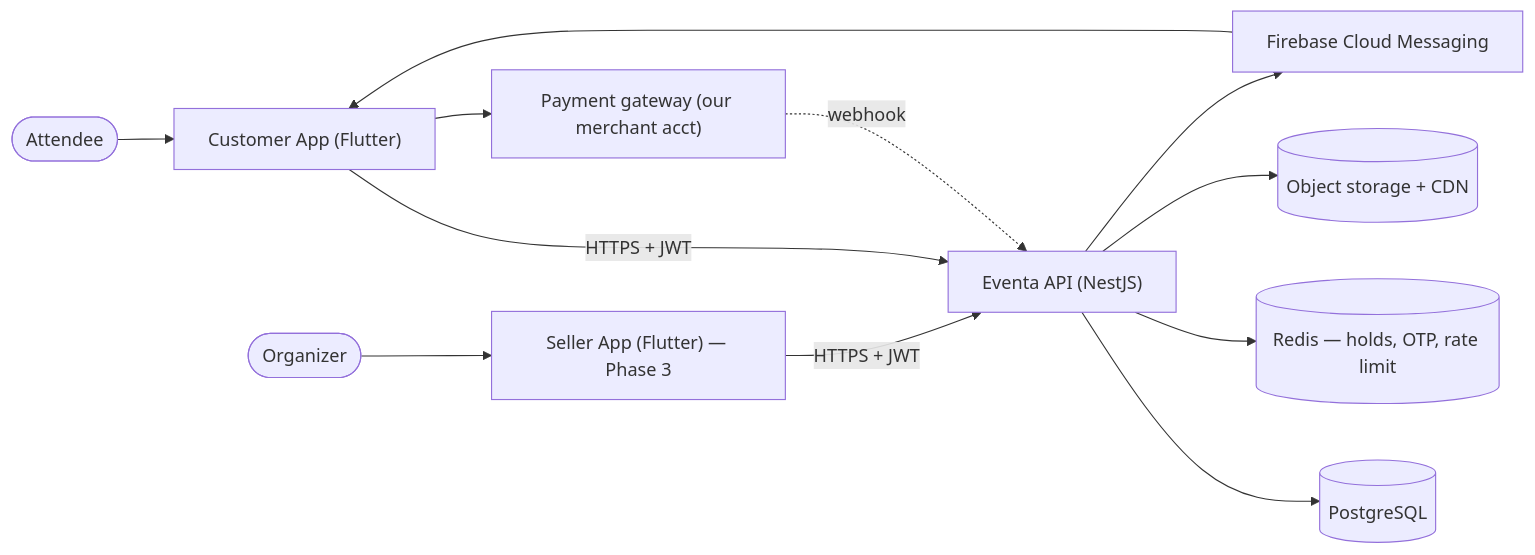
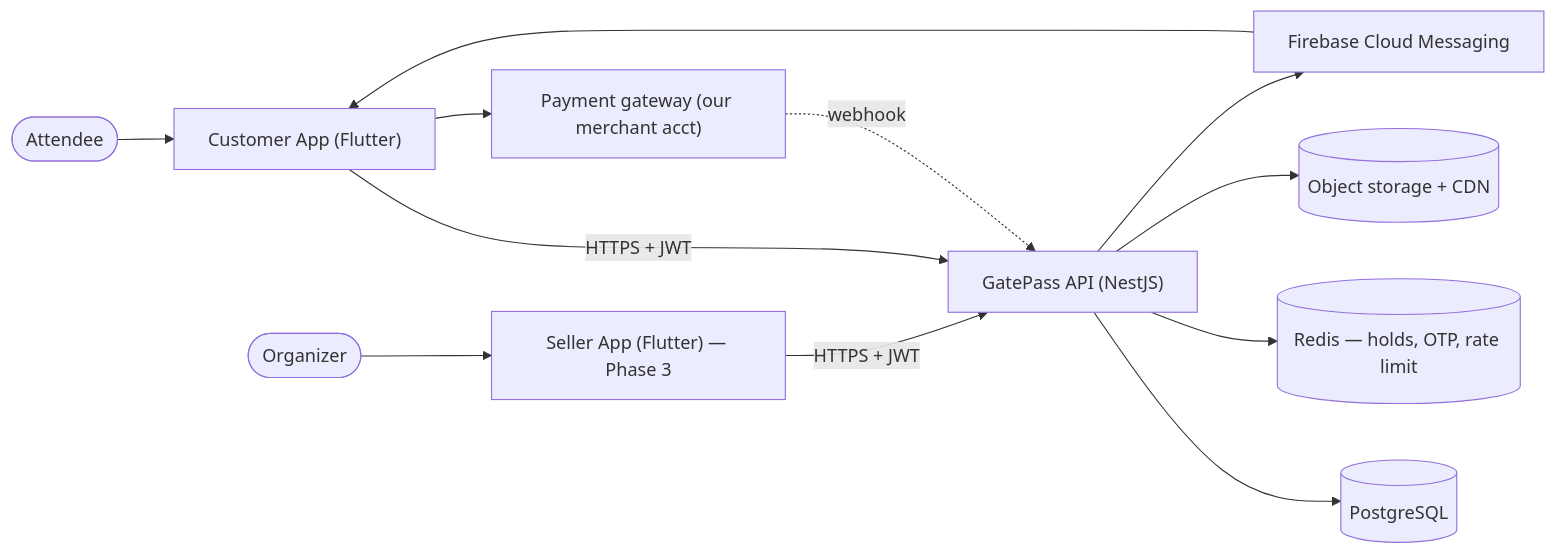
Before and after one commit to Shashwat-09/GatePass: the first of 4 diagrams in docs/03-Architecture.md, drawn with Mermaid. The commit also changed other lines of this file and 236 other files, not shown here.

````diff
--- a/docs/03-Architecture.md
+++ b/docs/03-Architecture.md
@@ -5,14 +5,14 @@
 ```mermaid
 flowchart LR
     U([Attendee]) --> C["Customer App (Flutter)"]
     O([Organizer]) --> S["Seller App (Flutter) — Phase 3"]
-    C -->|HTTPS + JWT| API["Eventa API (NestJS)"]
+    C -->|HTTPS + JWT| API["GatePass API (NestJS)"]
     S -->|HTTPS + JWT| API
     API --> DB[(PostgreSQL)]
     API --> R[(Redis — holds, OTP, rate limit)]
     API --> OBJ[(Object storage + CDN)]
     C --> PG["Payment gateway (our merchant acct)"]
     PG -. webhook .-> API
     API --> FCM[Firebase Cloud Messaging]
     FCM --> C
 ```
````
